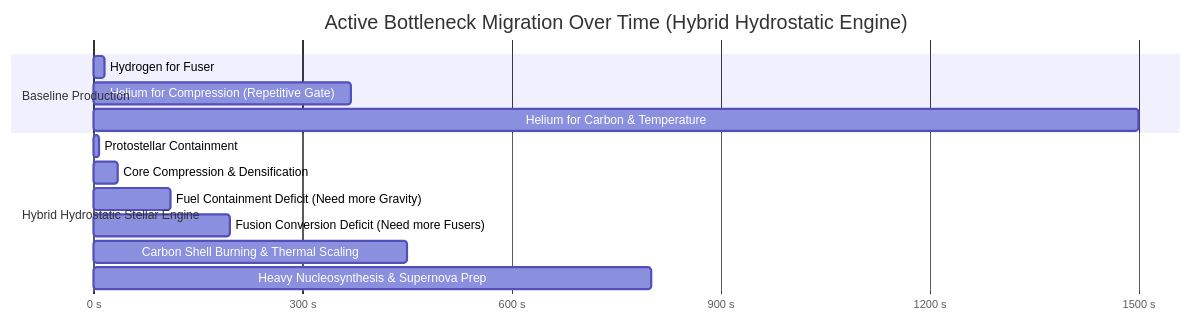
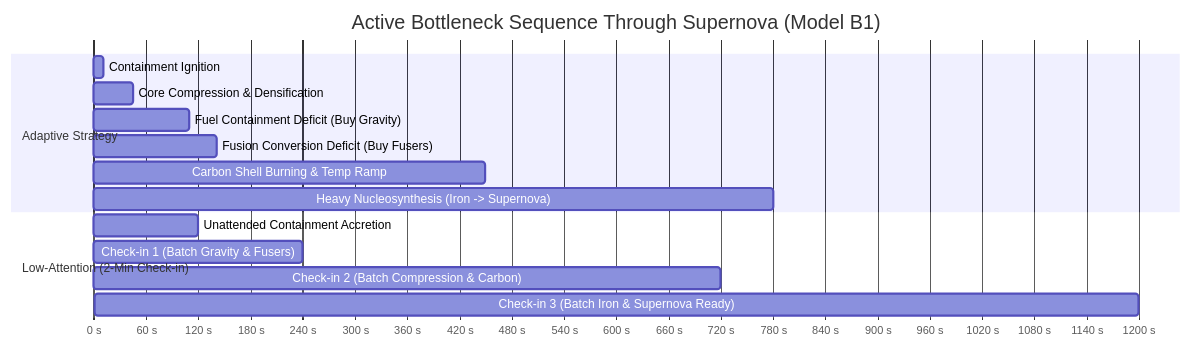
Before and after one commit to Entropy030/star-forge-idle: the third of 3 diagrams in docs/12_PRE_P5_3_ERA3_MACHINE_PROTOTYPE.md, drawn with Mermaid. The commit also changed other lines of this file, not shown here.

````diff
--- a/docs/12_PRE_P5_3_ERA3_MACHINE_PROTOTYPE.md
+++ b/docs/12_PRE_P5_3_ERA3_MACHINE_PROTOTYPE.md
@@ -181,19 +217,20 @@
 ```mermaid
 gantt
-  title Active Bottleneck Migration Over Time (Hybrid Hydrostatic Engine)
+  title Active Bottleneck Sequence Through Supernova (Model B1)
   dateFormat X
   axisFormat %s s
 
-  section Baseline Production
-  Hydrogen for Fuser :0, 15
-  Helium for Compression (Repetitive Gate) :15, 370
-  Helium for Carbon & Temperature :370, 1500
+  section Adaptive Strategy
+  Containment Ignition :0, 11
+  Core Compression & Densification :11, 45
+  Fuel Containment Deficit (Buy Gravity) :45, 110
+  Fusion Conversion Deficit (Buy Fusers) :110, 142
+  Carbon Shell Burning & Temp Ramp :142, 450
+  Heavy Nucleosynthesis (Iron -> Supernova) :450, 780
 
-  section Hybrid Hydrostatic Stellar Engine
-  Protostellar Containment :0, 8
-  Core Compression & Densification :8, 34
-  Fuel Containment Deficit (Need more Gravity) :34, 110
-  Fusion Conversion Deficit (Need more Fusers) :110, 196
-  Carbon Shell Burning & Thermal Scaling :196, 450
-  Heavy Nucleosynthesis & Supernova Prep :450, 800
+  section Low-Attention (2-Min Check-in)
+  Unattended Containment Accretion :0, 120
+  Check-in 1 (Batch Gravity & Fusers) :120, 240
+  Check-in 2 (Batch Compression & Carbon) :240, 720
+  Check-in 3 (Batch Iron & Supernova Ready) :720, 1200
 ```
````
